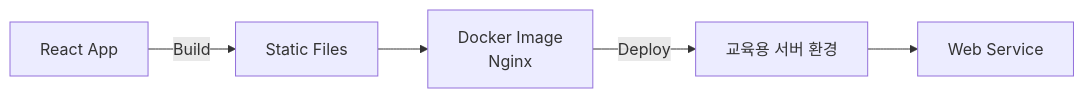
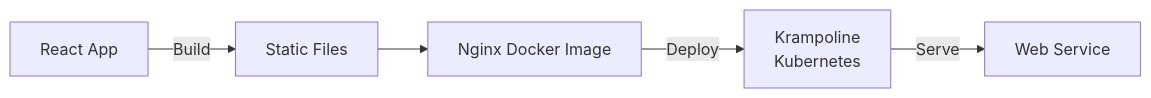
The second of 2 diagrams in README.md (minjuko/kakao-shopping-frontend), drawn with Mermaid before and after one commit. The commit also changed other lines of this file, not shown here.

````diff
--- a/README.md
+++ b/README.md
@@ -202,11 +202,11 @@
 ```mermaid
 flowchart LR
     A[React App]
     -->|Build| B[Static Files]
 
-    B --> C[Docker Image<br/>Nginx]
+    B --> C[Nginx Docker Image]
 
-    C -->|Deploy| D[교육용 서버 환경]
+    C -->|Deploy| D[Krampoline<br/>Kubernetes]
 
-    D --> E[Web Service]
+    D -->|Serve| E[Web Service]
 ```
````
